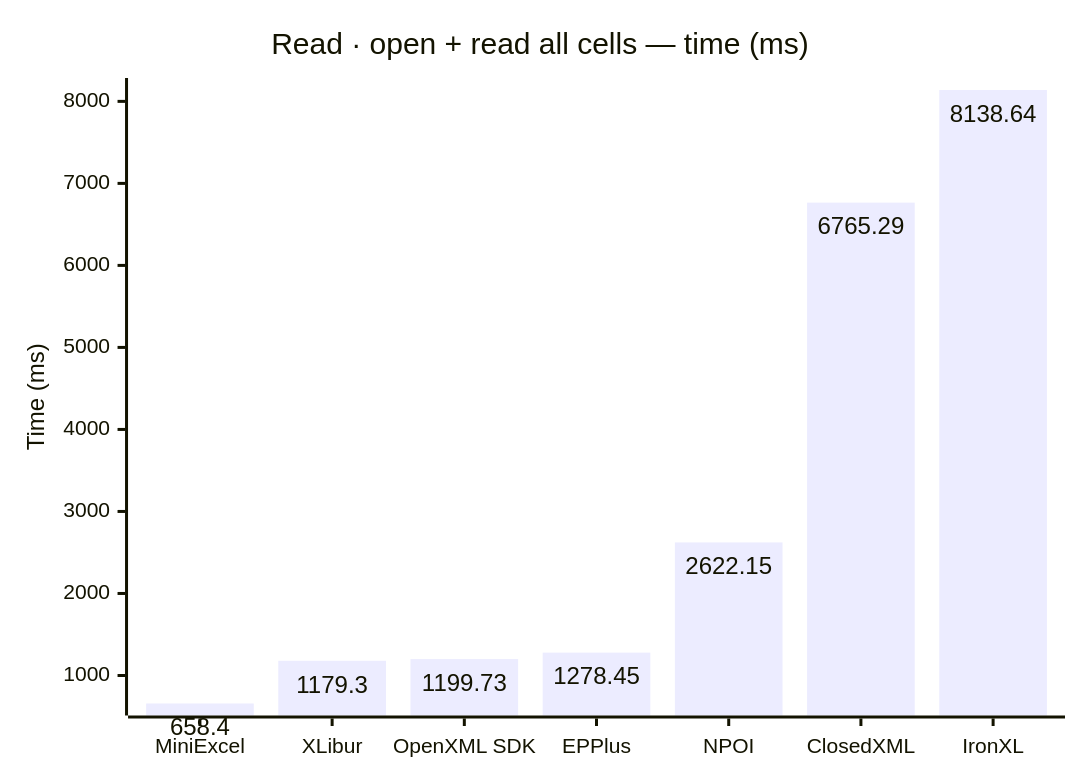
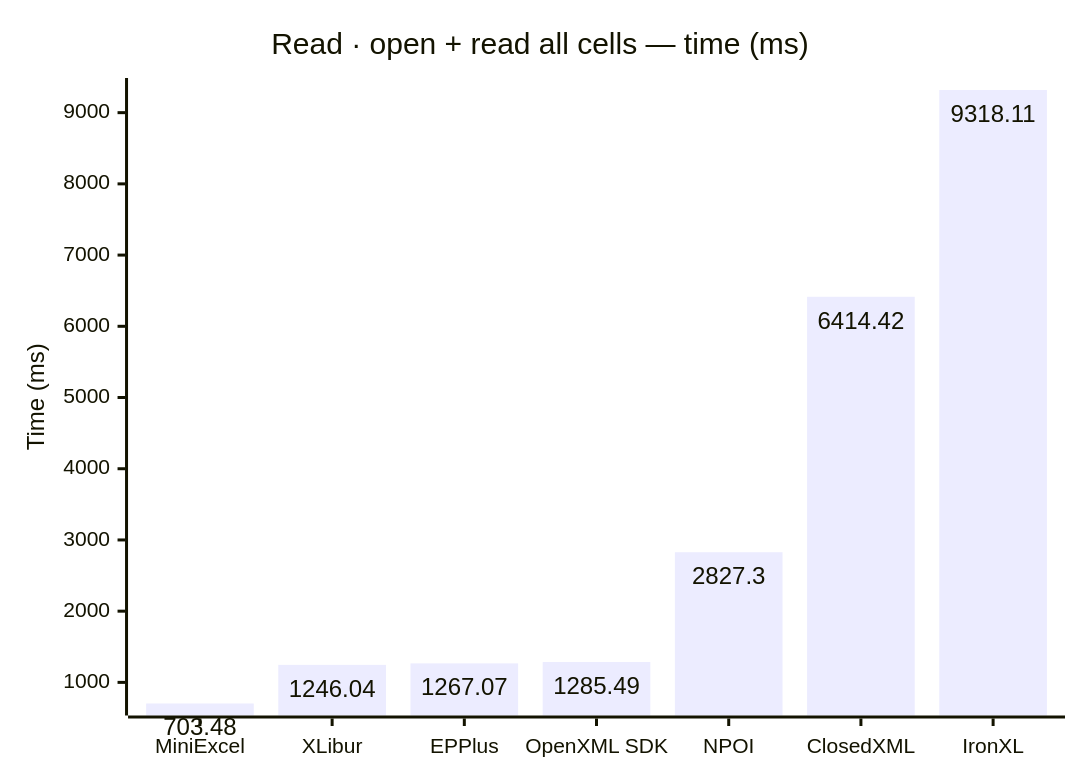
Before and after one commit to jafin/XLBench: the third of 12 diagrams in docs/results.md, drawn with Mermaid. The commit also changed other lines of this file and 2 other files, not shown here.

````diff
--- a/docs/results.md
+++ b/docs/results.md
@@ -61,12 +61,12 @@
 ```mermaid
 ---
 config:
   xyChart:
     showDataLabel: true
 ---
 xychart-beta
     title "Read · open + read all cells — time (ms)"
-    x-axis ["MiniExcel", "XLibur", "OpenXML SDK", "EPPlus", "NPOI", "ClosedXML", "IronXL"]
+    x-axis ["MiniExcel", "XLibur", "EPPlus", "OpenXML SDK", "NPOI", "ClosedXML", "IronXL"]
     y-axis "Time (ms)"
-    bar [658.4, 1179.3, 1199.73, 1278.45, 2622.15, 6765.29, 8138.64]
+    bar [703.48, 1246.04, 1267.07, 1285.49, 2827.3, 6414.42, 9318.11]
 ```
````
